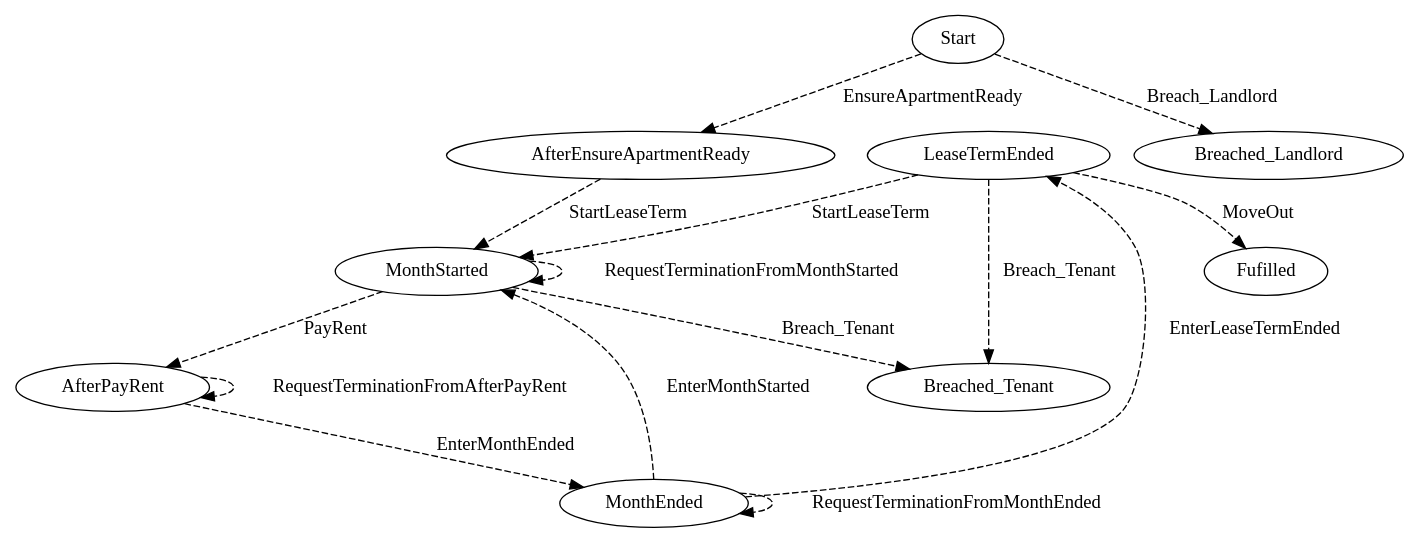
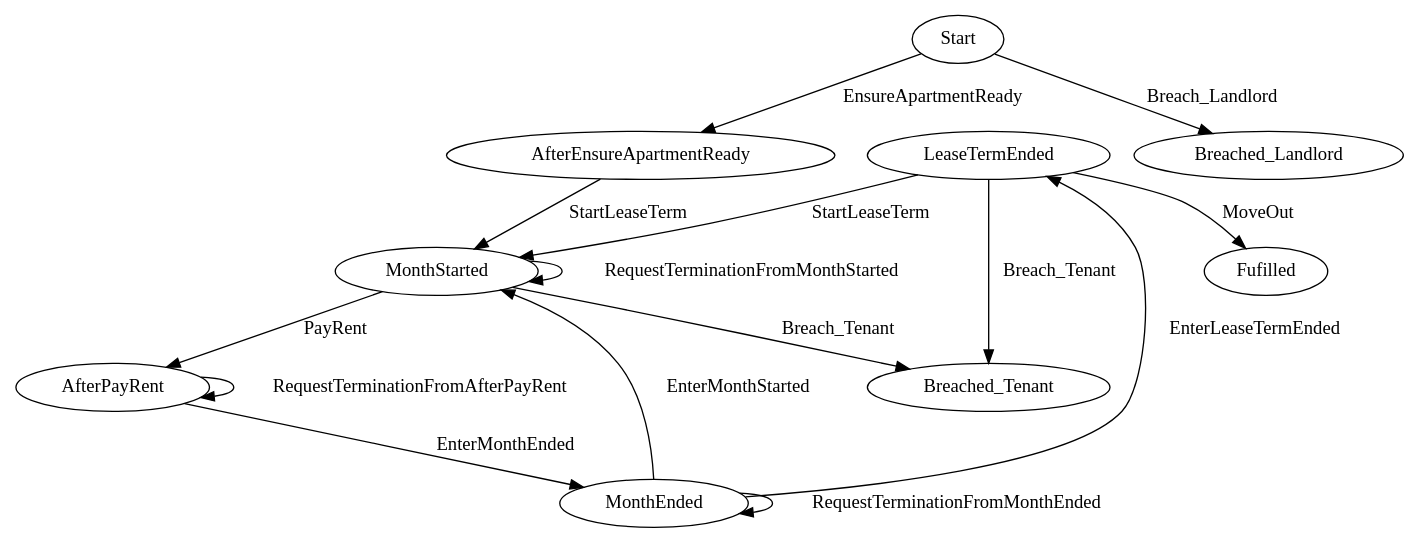
Before and after one commit to Marcao02/complaw-deeptech: the diagram in linear_state_machine_language/pyL4/examples/out_graphviz/from_academic_lit/hvitved_lease.dot, drawn with Graphviz. The commit also changed 42 other files, not shown here.

Commit message:
optional effective path length bound in goodenough/flood example. solid not dashed lines in graphviz output.

```diff
--- a/linear_state_machine_language/pyL4/examples/out_graphviz/from_academic_lit/hvitved_lease.dot
+++ b/linear_state_machine_language/pyL4/examples/out_graphviz/from_academic_lit/hvitved_lease.dot
@@ -1,32 +1,32 @@
 // THIS IS A GENERATED FILE. DO NOT EDIT.
 
 digraph Lease_Hvitved {    
     Fulfilled[label=Fufilled];
     Start[label=Start];
 	AfterEnsureApartmentReady[label=AfterEnsureApartmentReady];
 	MonthStarted[label=MonthStarted]
         
     
          
     
     
     
     
-    Start -> AfterEnsureApartmentReady [style=dashed,label=EnsureApartmentReady];
-	Start -> Breached_Landlord [style=dashed,label=Breach_Landlord];
-	AfterEnsureApartmentReady -> MonthStarted [style=dashed,label=StartLeaseTerm];
-	MonthStarted -> AfterPayRent [style=dashed,label=PayRent];
-	MonthStarted -> Breached_Tenant [style=dashed,label=Breach_Tenant];
-	AfterPayRent -> MonthEnded [style=dashed,label=EnterMonthEnded];
-	MonthEnded -> LeaseTermEnded [style=dashed,label=EnterLeaseTermEnded];
-	MonthEnded -> MonthStarted [style=dashed,label=EnterMonthStarted];
-	LeaseTermEnded -> Fulfilled [style=dashed,label=MoveOut];
-	LeaseTermEnded -> Breached_Tenant [style=dashed,label=Breach_Tenant];
-	LeaseTermEnded -> MonthStarted [style=dashed,label=StartLeaseTerm];
+    Start -> AfterEnsureApartmentReady [label=EnsureApartmentReady];
+	Start -> Breached_Landlord [label=Breach_Landlord];
+	AfterEnsureApartmentReady -> MonthStarted [label=StartLeaseTerm];
+	MonthStarted -> AfterPayRent [label=PayRent];
+	MonthStarted -> Breached_Tenant [label=Breach_Tenant];
+	AfterPayRent -> MonthEnded [label=EnterMonthEnded];
+	MonthEnded -> LeaseTermEnded [label=EnterLeaseTermEnded];
+	MonthEnded -> MonthStarted [label=EnterMonthStarted];
+	LeaseTermEnded -> Fulfilled [label=MoveOut];
+	LeaseTermEnded -> Breached_Tenant [label=Breach_Tenant];
+	LeaseTermEnded -> MonthStarted [label=StartLeaseTerm];
 	     
     
-    MonthStarted -> MonthStarted [style=dashed,label=RequestTerminationFromMonthStarted];
-	AfterPayRent -> AfterPayRent [style=dashed,label=RequestTerminationFromAfterPayRent];
-	MonthEnded -> MonthEnded [style=dashed,label=RequestTerminationFromMonthEnded];
+    MonthStarted -> MonthStarted [label=RequestTerminationFromMonthStarted];
+	AfterPayRent -> AfterPayRent [label=RequestTerminationFromAfterPayRent];
+	MonthEnded -> MonthEnded [label=RequestTerminationFromMonthEnded];
 	   
 }
```
